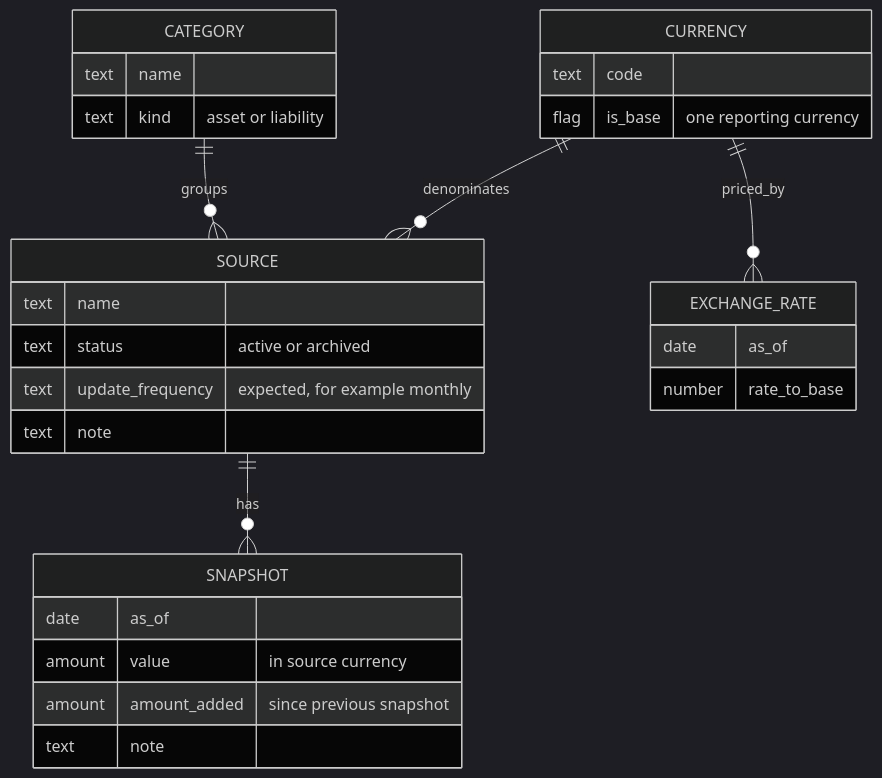
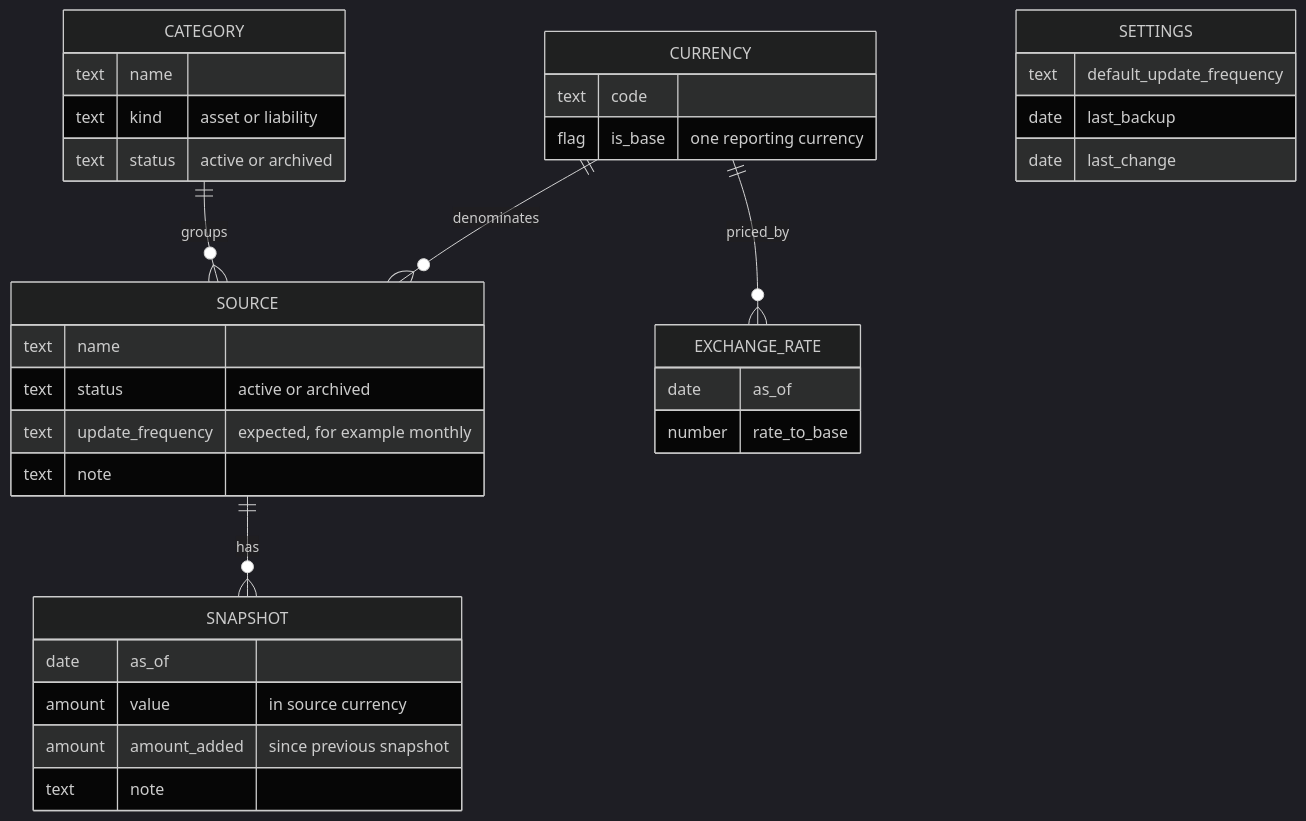
One commit to arpit92k/Fortuna changed the second of 2 diagrams in docs/architecture.md. Above: the diagram before and after it, drawn with Mermaid (dark theme). The commit also changed other lines of this file and 2 other files, not shown here.

First line of the commit message:
Revise the architecture after reviewing it against the user flows (#3)

````diff
--- a/docs/architecture.md
+++ b/docs/architecture.md
@@ -62,32 +67,38 @@
 ```mermaid
 erDiagram
     CATEGORY ||--o{ SOURCE : groups
     CURRENCY ||--o{ SOURCE : denominates
     SOURCE ||--o{ SNAPSHOT : has
     CURRENCY ||--o{ EXCHANGE_RATE : priced_by
 
     CATEGORY {
         text name
         text kind "asset or liability"
+        text status "active or archived"
     }
     SOURCE {
         text name
         text status "active or archived"
         text update_frequency "expected, for example monthly"
         text note
     }
     SNAPSHOT {
         date as_of
         amount value "in source currency"
         amount amount_added "since previous snapshot"
         text note
     }
     CURRENCY {
         text code
         flag is_base "one reporting currency"
     }
     EXCHANGE_RATE {
         date as_of
         number rate_to_base
     }
+    SETTINGS {
+        text default_update_frequency
+        date last_backup
+        date last_change
+    }
 ```
````
